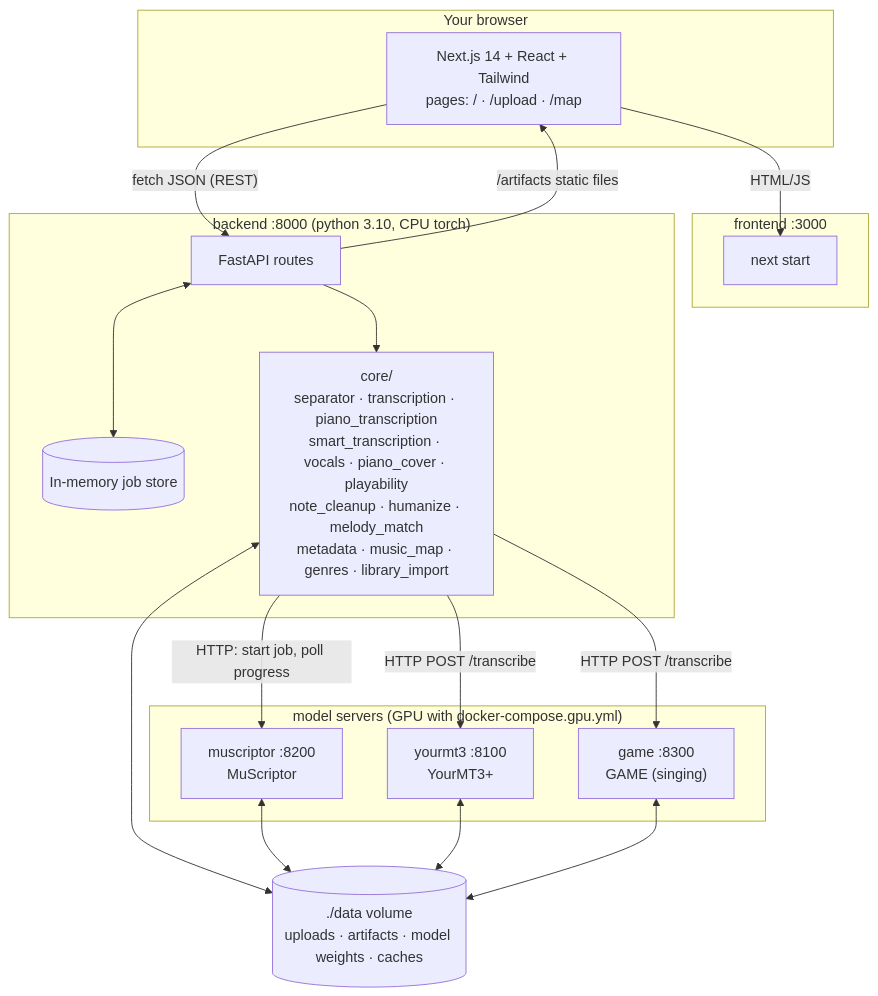
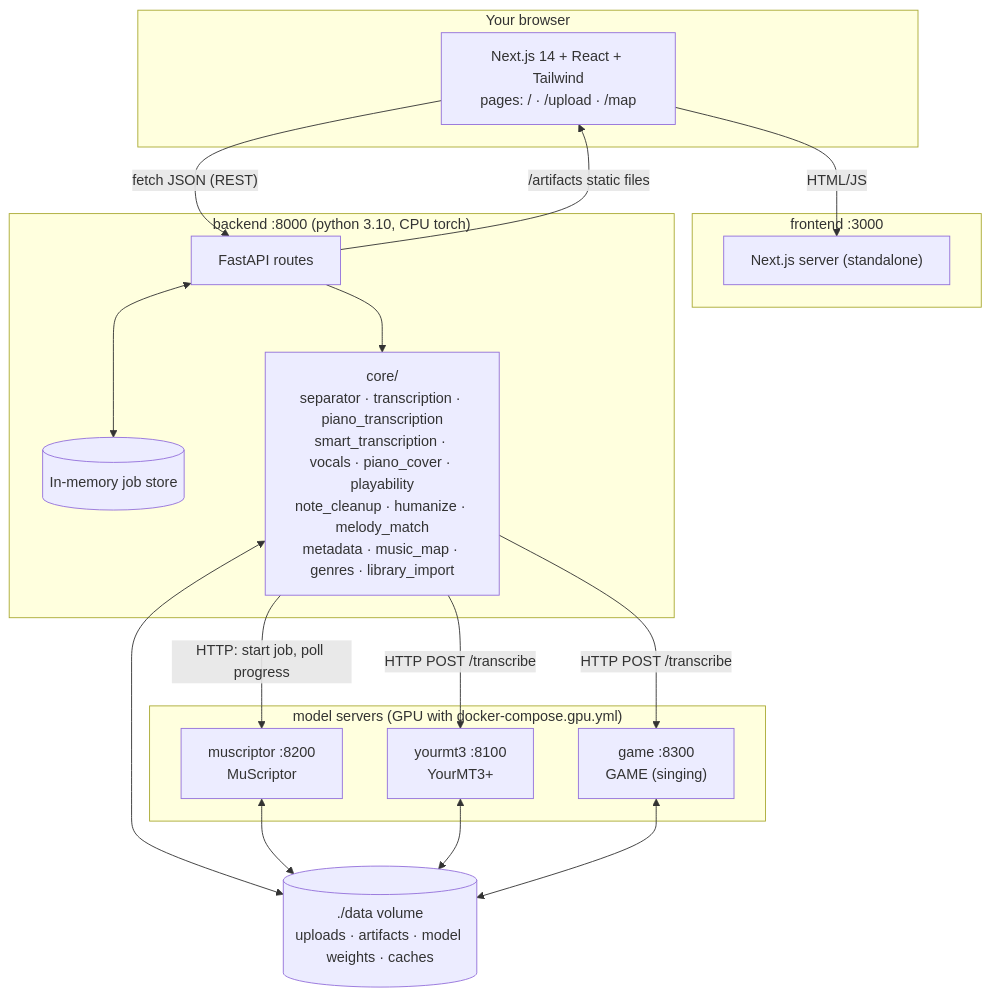
Before and after one commit to agangdut/supermusic: the second of 9 diagrams in docs/how-it-works.md, drawn with Mermaid. The commit also changed 9 other files, not shown here.

````diff
--- a/docs/how-it-works.md
+++ b/docs/how-it-works.md
@@ -122,35 +122,35 @@
 ```mermaid
 flowchart TB
     subgraph browser["Your browser"]
         UI["Next.js 14 + React + Tailwind<br/>pages: / · /upload · /map"]
     end
 
     subgraph fe["frontend :3000"]
-        NEXT[next start]
+        NEXT["Next.js server (standalone)"]
     end
 
     subgraph be["backend :8000 (python 3.10, CPU torch)"]
         API[FastAPI routes]
         JOBS[(In-memory job store)]
         CORE["core/<br/>separator · transcription · piano_transcription<br/>smart_transcription · vocals · piano_cover · playability<br/>note_cleanup · humanize · melody_match<br/>metadata · music_map · genres · library_import"]
     end
 
     subgraph gpu["model servers (GPU with docker-compose.gpu.yml)"]
         MS["muscriptor :8200<br/>MuScriptor"]
         Y3["yourmt3 :8100<br/>YourMT3+"]
         GM["game :8300<br/>GAME (singing)"]
     end
 
     DATA[("./data volume<br/>uploads · artifacts · model weights · caches")]
 
     UI -->|HTML/JS| NEXT
     UI -->|"fetch JSON (REST)"| API
     API <--> JOBS
     API --> CORE
     CORE -->|"HTTP: start job, poll progress"| MS
     CORE -->|HTTP POST /transcribe| Y3
     CORE -->|HTTP POST /transcribe| GM
     CORE <--> DATA
     MS & Y3 & GM <--> DATA
     API -->|/artifacts static files| UI
 ```
````
